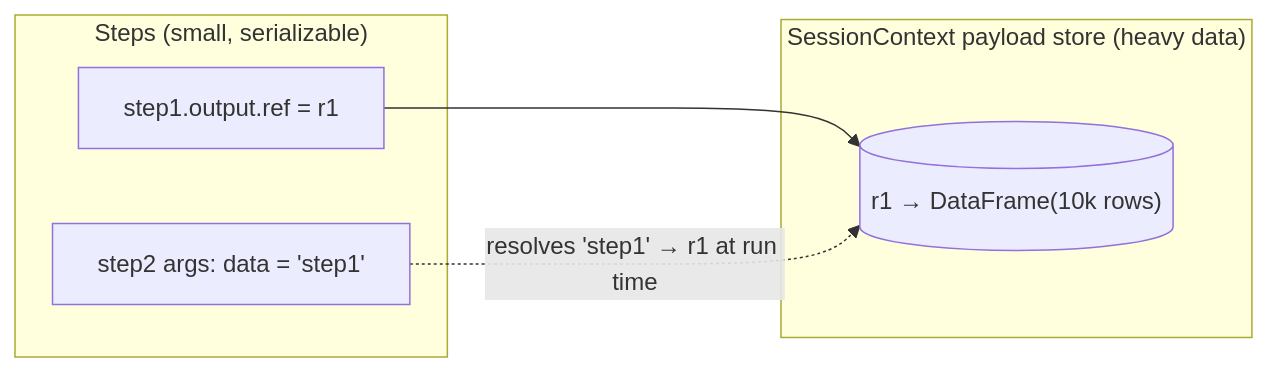
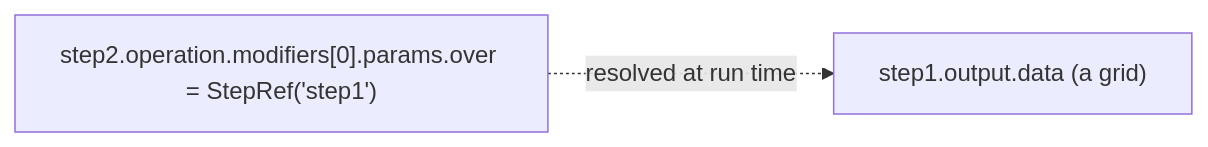
One commit to stusynakowski/simple-steps-core changed the fourth of 4 diagrams in docs/object-model.md. Above: the diagram before and after it, drawn with Mermaid. The commit also changed other lines of this file and 17 other files, not shown here.

````diff
--- a/docs/object-model.md
+++ b/docs/object-model.md
@@ -186,12 +236,6 @@
 ```mermaid
 flowchart LR
-    subgraph Models["Steps (small, serializable)"]
-      s1["step1.output.ref = r1"]
-      s2["step2 args: data = 'step1'"]
-    end
-    subgraph Store["SessionContext payload store (heavy data)"]
-      r1[("r1 → DataFrame(10k rows)")]
-    end
-    s1 --> r1
-    s2 -. "resolves 'step1' → r1 at run time" .-> r1
+    s1["step1.output.data (a grid)"]
+    s2["step2.operation.modifiers[0].params.over = StepRef('step1')"]
+    s2 -. "resolved at run time" .-> s1
 ```
````
